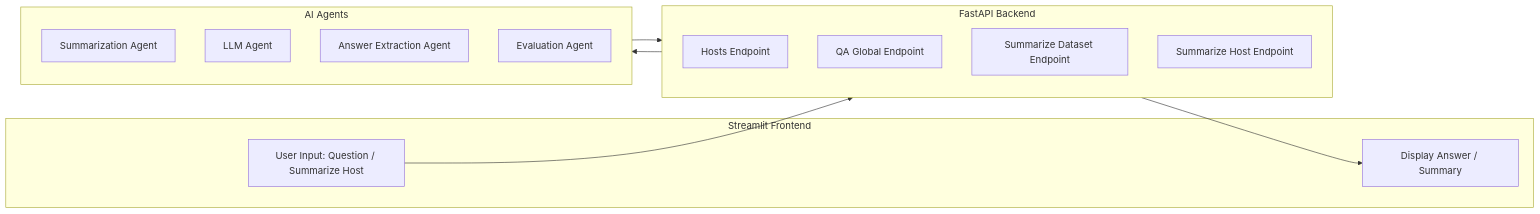
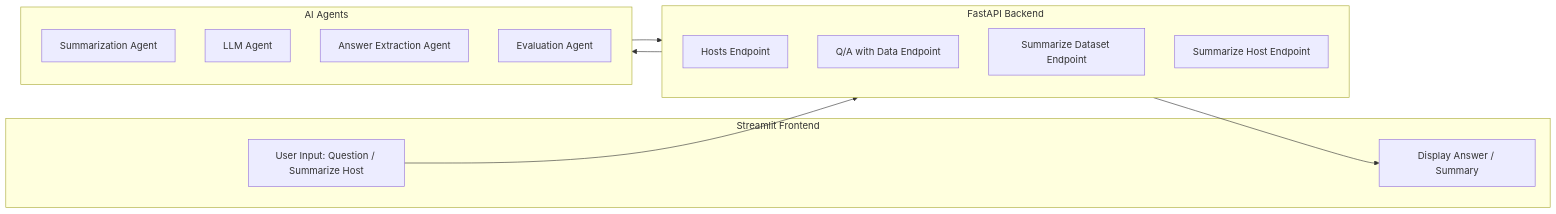
One commit to mokshdagangrade/AI-Agent-for-Summarization changed the second of 2 diagrams in README.md. Above: the diagram before and after it, drawn with Mermaid. The commit also changed other lines of this file, not shown here.

````diff
--- a/README.md
+++ b/README.md
@@ -125,26 +127,26 @@
 ```mermaid
 flowchart LR
     subgraph UI[Streamlit Frontend]
         A[User Input: Question / Summarize Host]
         B[Display Answer / Summary]
     end
 
     subgraph API[FastAPI Backend]
         C[Hosts Endpoint]
-        D[QA Global Endpoint]
+        D[Q/A with Data Endpoint]
         E[Summarize Dataset Endpoint]
         F[Summarize Host Endpoint]
     end
 
     subgraph Agents[AI Agents]
         G[Summarization Agent]
         H[LLM Agent]
         I[Answer Extraction Agent]
         J[Evaluation Agent]
     end
 
     A --> API
     API --> Agents
     Agents --> API
     API --> B
 ```
````
